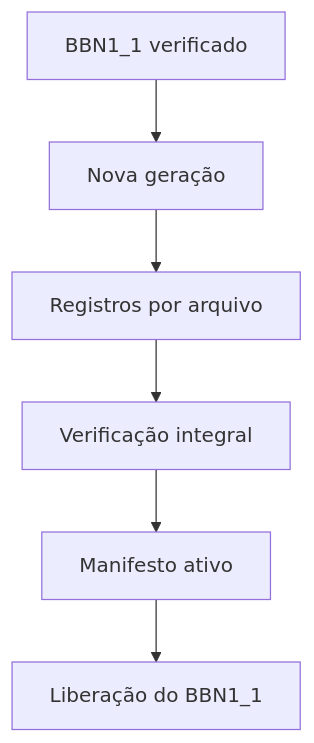
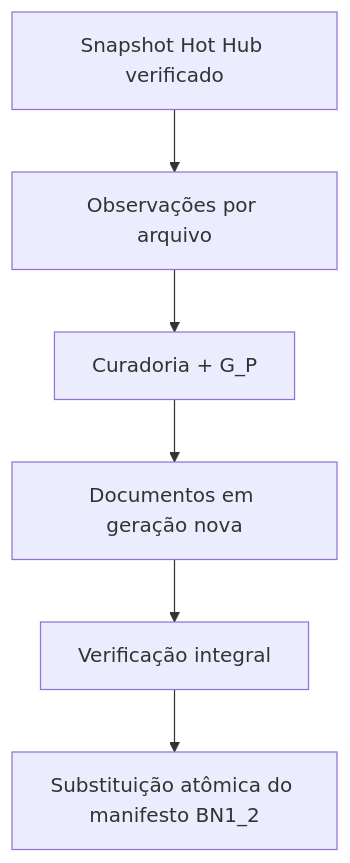
Before and after one commit to Walc21/AI-MEMORY: the second of 2 diagrams in README.md, drawn with Mermaid. The commit also changed other lines of this file and 21 other files, not shown here.

````diff
--- a/README.md
+++ b/README.md
@@ -169,8 +112,8 @@
 ```mermaid
 flowchart TB
-    B["BBN1_1 verificado"] --> G["Nova geração"]
-    G --> R["Registros por arquivo"]
-    R --> V["Verificação integral"]
-    V --> M["Manifesto ativo"]
-    M --> L["Liberação do BBN1_1"]
+    V["Snapshot Hot Hub verificado"] --> O["Observações por arquivo"]
+    O --> C["Curadoria + G_P"]
+    C --> D["Documentos em geração nova"]
+    D --> Q["Verificação integral"]
+    Q --> M["Substituição atômica do manifesto BN1_2"]
 ```
````
